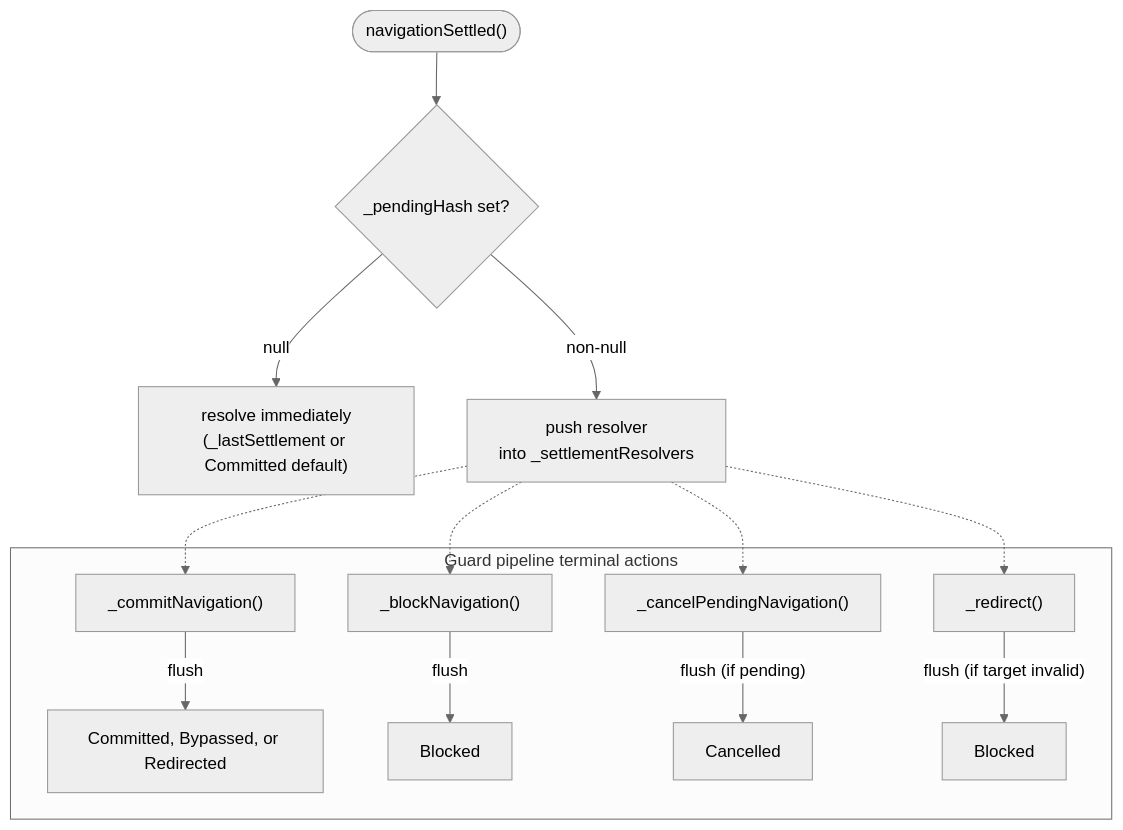
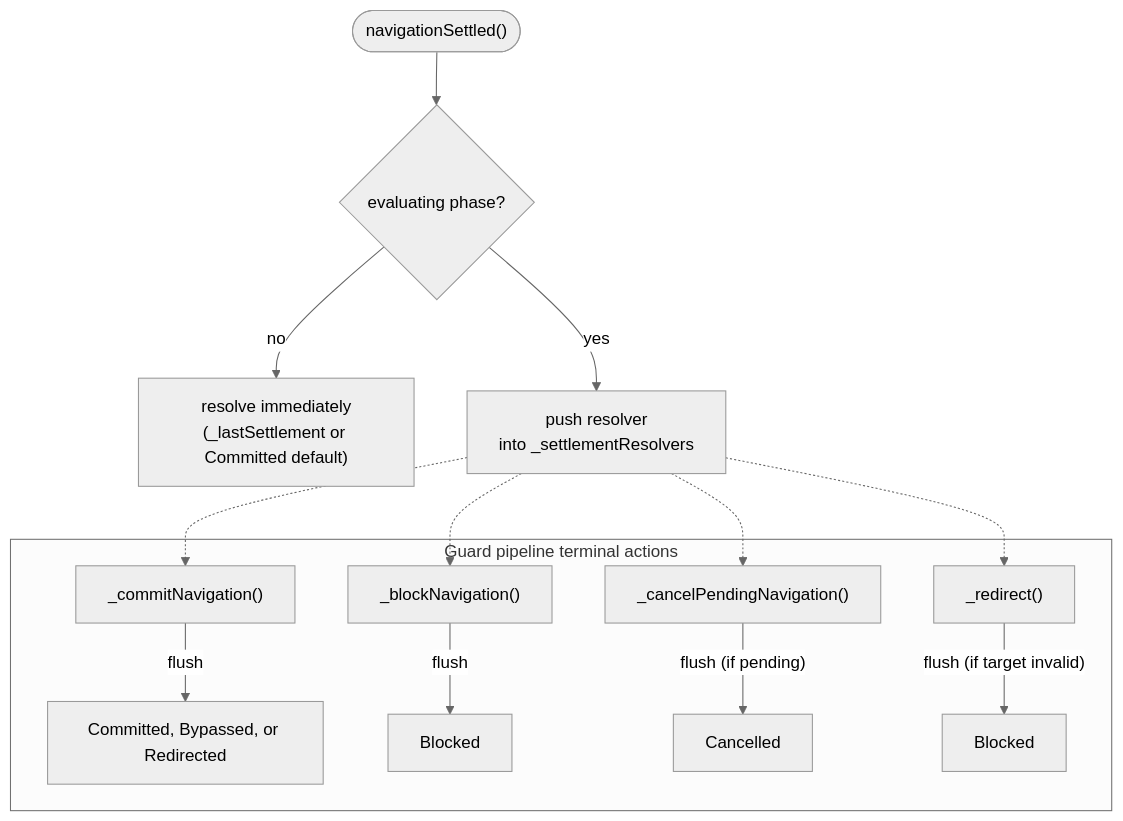
The fourth of 4 diagrams in docs/reference/architecture.md (wridgeu/ui5-lib-guard-router), drawn with Mermaid (neutral theme) before and after one commit. The commit also changed other lines of this file and 8 other files, not shown here.

````diff
--- a/docs/reference/architecture.md
+++ b/docs/reference/architecture.md
@@ -345,18 +345,18 @@
 ```mermaid
 flowchart TD
-    call(["navigationSettled()"]) --> pending{_pendingHash set?}
-    pending -- "null" --> immediate["resolve immediately<br/>(_lastSettlement or Committed default)"]
-    pending -- "non-null" --> push["push resolver<br/>into _settlementResolvers"]
+    call(["navigationSettled()"]) --> pending{evaluating phase?}
+    pending -- "no" --> immediate["resolve immediately<br/>(_lastSettlement or Committed default)"]
+    pending -- "yes" --> push["push resolver<br/>into _settlementResolvers"]
 
     subgraph "Guard pipeline terminal actions"
         commit["_commitNavigation()"] -- "flush" --> fcommit["Committed, Bypassed, or Redirected"]
         block["_blockNavigation()"] -- "flush" --> fblock["Blocked"]
         cancel["_cancelPendingNavigation()"] -- "flush (if pending)" --> fcancel["Cancelled"]
         redirect["_redirect()"] -- "flush (if target invalid)" --> fredirect["Blocked"]
     end
 
     push -.-> commit
     push -.-> block
     push -.-> cancel
     push -.-> redirect
 ```
````
